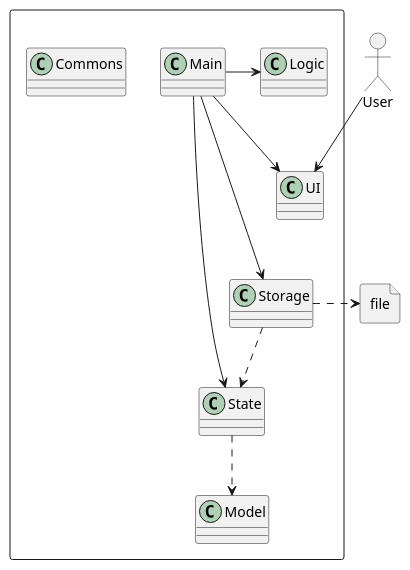
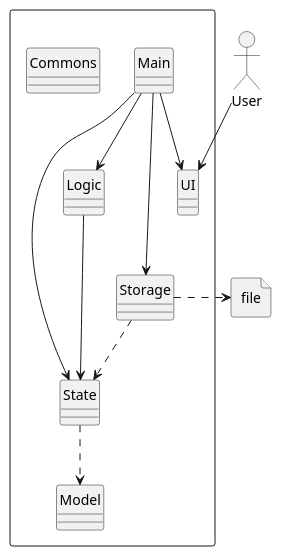
The diagram in docs/UMLdiagrams/Architecture.puml (nus-cs2113-AY2223S1/tp), drawn with PlantUML before and after one commit. The commit also changed 2 other files, not shown here.

Commit message:
Add architecture

```diff
--- a/docs/UMLdiagrams/Architecture.puml
+++ b/docs/UMLdiagrams/Architecture.puml
@@ -1,27 +1,31 @@
 @startuml
 allowmixing
+hide circle
+skinparam classAttributeIconSize 0
 
 Package " "<<Rectangle>>{
     Class UI
     Class Logic
     Class Storage
     Class State
     Class Main
     Class Model
     Class Commons
 }
 
 actor "User" as User
 file "file" as File
 
 Main --> UI
 Main -> State
 Main ---> Storage
 Main -> Logic
 
+Logic -> State
+
 State ..> Model
 
 Storage ..> State
 Storage .right.>File
 User --> UI
 @enduml
```
